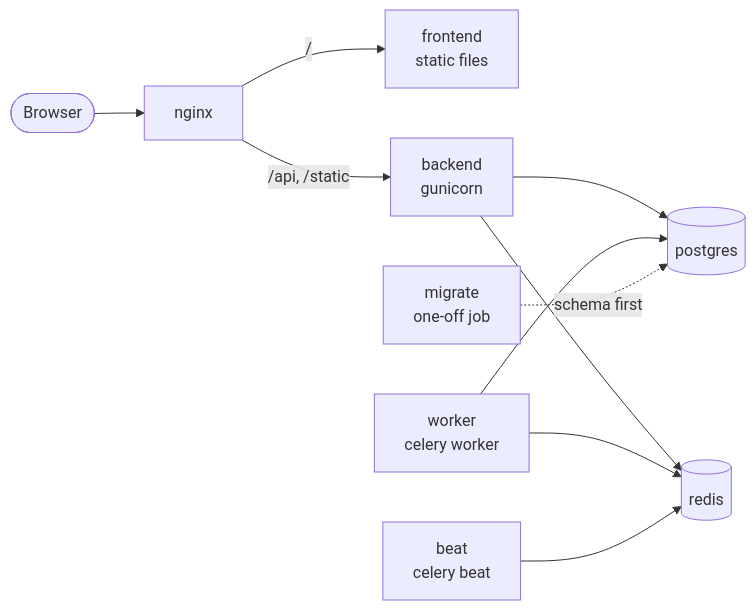
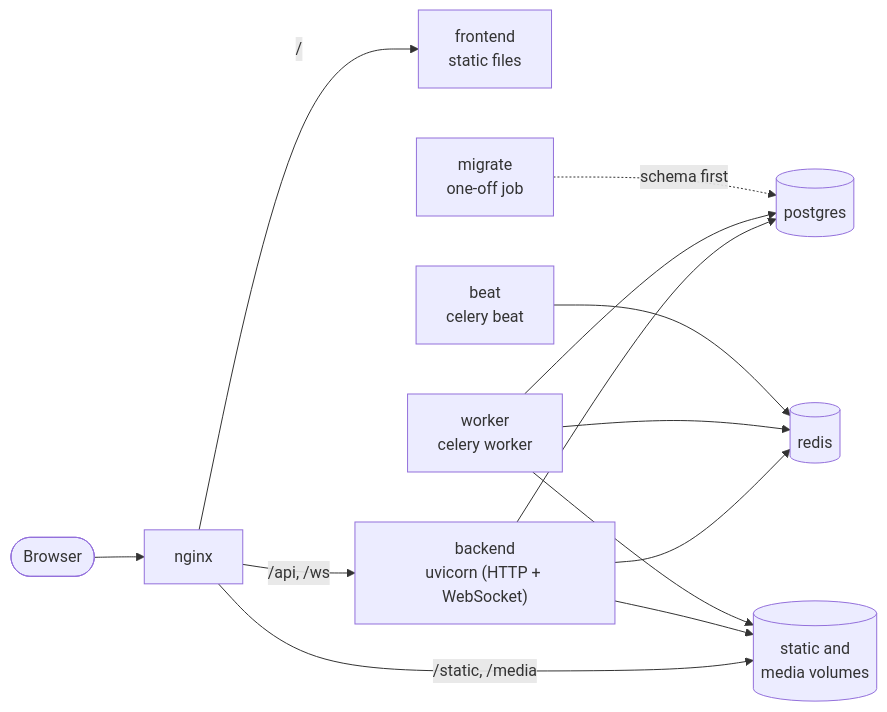
One commit to Pygeretmus/Commerce-Updated changed the diagram in README.md. Above: the diagram before and after it, drawn with Mermaid. The commit also changed other lines of this file and 18 other files, not shown here.

````diff
--- a/README.md
+++ b/README.md
@@ -43,14 +43,17 @@
 ```mermaid
 flowchart LR
     user([Browser]) --> nginx
     nginx -- "/" --> frontend["frontend<br/>static files"]
-    nginx -- "/api, /static" --> backend["backend<br/>gunicorn"]
+    nginx -- "/api, /ws" --> backend["backend<br/>uvicorn (HTTP + WebSocket)"]
+    nginx -- "/static, /media" --> files[("static and<br/>media volumes")]
 
     backend --> postgres[(postgres)]
     backend --> redis[(redis)]
+    backend --> files
     worker["worker<br/>celery worker"] --> postgres
     worker --> redis
+    worker --> files
     beat["beat<br/>celery beat"] --> redis
 
     migrate["migrate<br/>one-off job"] -.->|"schema first"| postgres
 ```
````
